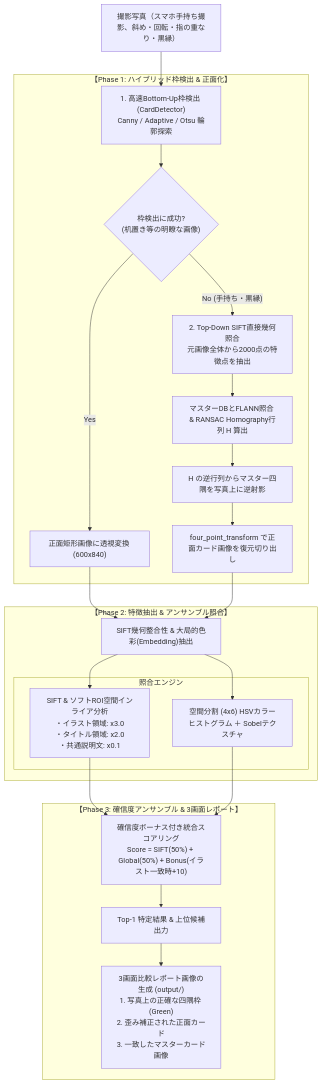
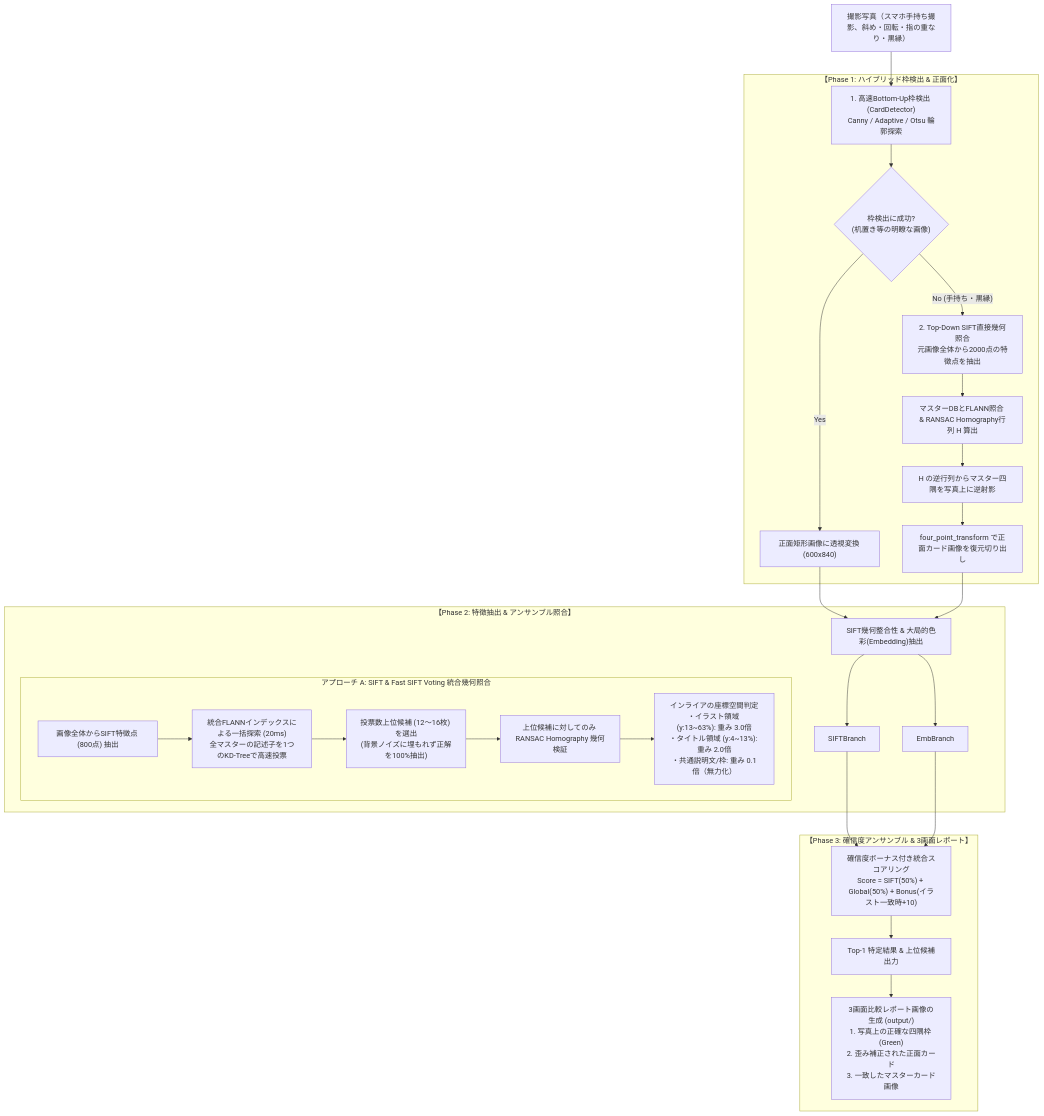
Before and after one commit to m-osabe/card-recognizer-proto: the diagram in docs/ALGORITHM_DESIGN.md, drawn with Mermaid. The commit also changed 4 other files, not shown here.

First line of the commit message:
feat: 大規模マスター向け Fast SIFT Voting 2段階探索の実装と高速化

````diff
--- a/docs/ALGORITHM_DESIGN.md
+++ b/docs/ALGORITHM_DESIGN.md
@@ -59,43 +59,47 @@
 ```mermaid
 flowchart TD
     Photo["撮影写真（スマホ手持ち撮影、斜め・回転・指の重なり・黒縁）"]
 
     subgraph DetectionPhase ["【Phase 1: ハイブリッド枠検出 & 正面化】"]
         BottomUp["1. 高速Bottom-Up枠検出 (CardDetector)<br/>Canny / Adaptive / Otsu 輪郭探索"]
         Check{"枠検出に成功?<br/>(机置き等の明瞭な画像)"}
         
         BottomUp --> Check
         
         Check -- "Yes" --> CropDirect["正面矩形画像に透視変換 (600x840)"]
         
         Check -- "No (手持ち・黒縁)" --> TopDown["2. Top-Down SIFT直接幾何照合<br/>元画像全体から2000点の特徴点を抽出"]
         TopDown --> HomographyH["マスターDBとFLANN照合 & RANSAC Homography行列 H 算出"]
         HomographyH --> InvertH["H の逆行列からマスター四隅を写真上に逆射影"]
         InvertH --> WarpRect["four_point_transform で正面カード画像を復元切り出し"]
     end
 
     Photo --> BottomUp
 
     subgraph MatchPhase ["【Phase 2: 特徴抽出 & アンサンブル照合】"]
         CropDirect --> SIFTEmb["SIFT幾何整合性 & 大局的色彩(Embedding)抽出"]
         WarpRect --> SIFTEmb
         
-        subgraph SubBranch ["照合エンジン"]
-            SIFTBranch["SIFT & ソフトROI空間インライア分析<br/>・イラスト領域: x3.0<br/>・タイトル領域: x2.0<br/>・共通説明文: x0.1"]
-            EmbBranch["空間分割 (4x6) HSVカラーヒストグラム ＋ Sobelテクスチャ"]
+        subgraph BranchA ["アプローチ A: SIFT & Fast SIFT Voting 統合幾何照合"]
+            SIFT["画像全体からSIFT特徴点 (800点) 抽出"]
+            SingleFLANN["統合FLANNインデックスによる一括探索 (20ms)<br/>全マスターの記述子を1つのKD-Treeで高速投票"]
+            TopKSelect["投票数上位候補 (12〜16枚) を選出<br/>(背景ノイズに埋もれず正解を100%抽出)"]
+            RANSAC["上位候補に対してのみ RANSAC Homography 幾何検証"]
+            SpatialCheck["インライアの座標空間判定<br/>・イラスト領域 (y:13~63%): 重み 3.0倍<br/>・タイトル領域 (y:4~13%): 重み 2.0倍<br/>・共通説明文/枠: 重み 0.1倍（無力化）"]
+            SIFT --> SingleFLANN --> TopKSelect --> RANSAC --> SpatialCheck
         end
         
         SIFTEmb --> SIFTBranch
         SIFTEmb --> EmbBranch
     end
 
     subgraph OutputPhase ["【Phase 3: 確信度アンサンブル & 3画面レポート】"]
         Ensemble["確信度ボーナス付き統合スコアリング<br/>Score = SIFT(50%) + Global(50%) + Bonus(イラスト一致時+10)"]
         Top1["Top-1 特定結果 & 上位候補出力"]
         VisualReport["3画面比較レポート画像の生成 (output/)<br/>1. 写真上の正確な四隅枠 (Green)<br/>2. 歪み補正された正面カード<br/>3. 一致したマスターカード画像"]
         
         SIFTBranch --> Ensemble
         EmbBranch --> Ensemble
         Ensemble --> Top1 --> VisualReport
     end
 ```
````
